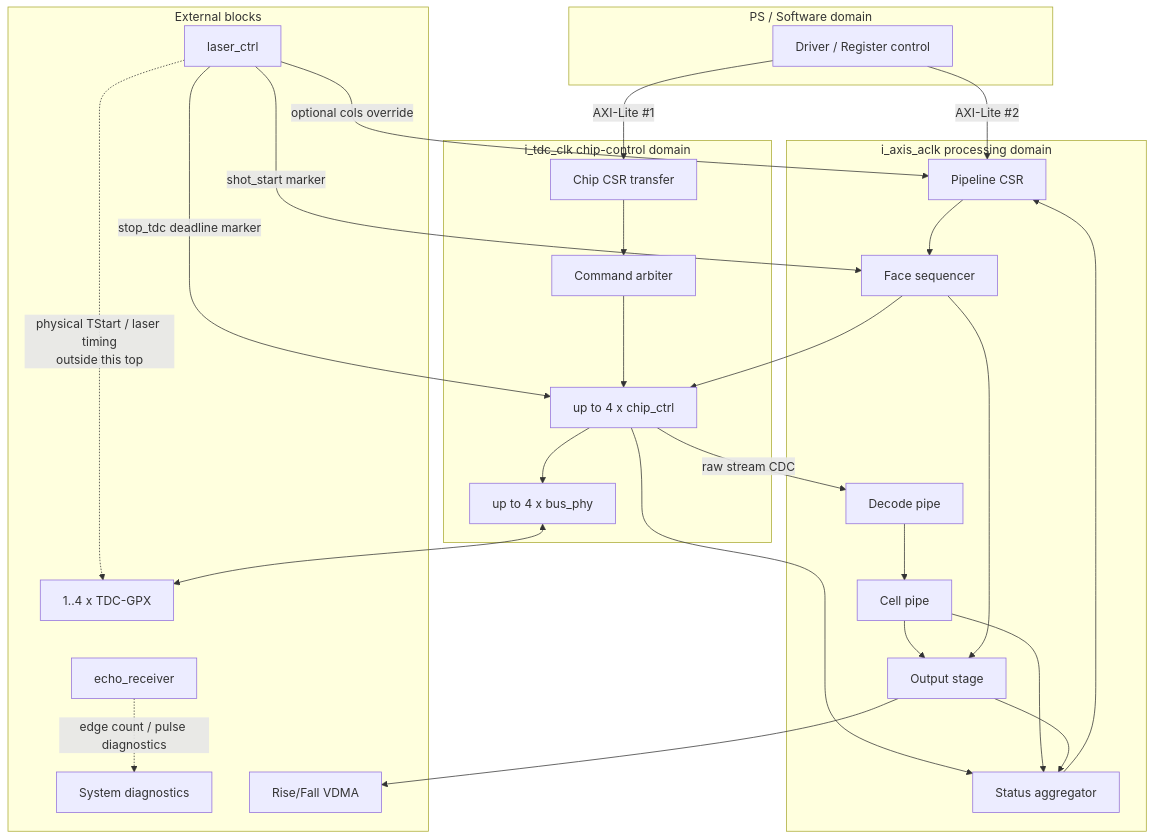
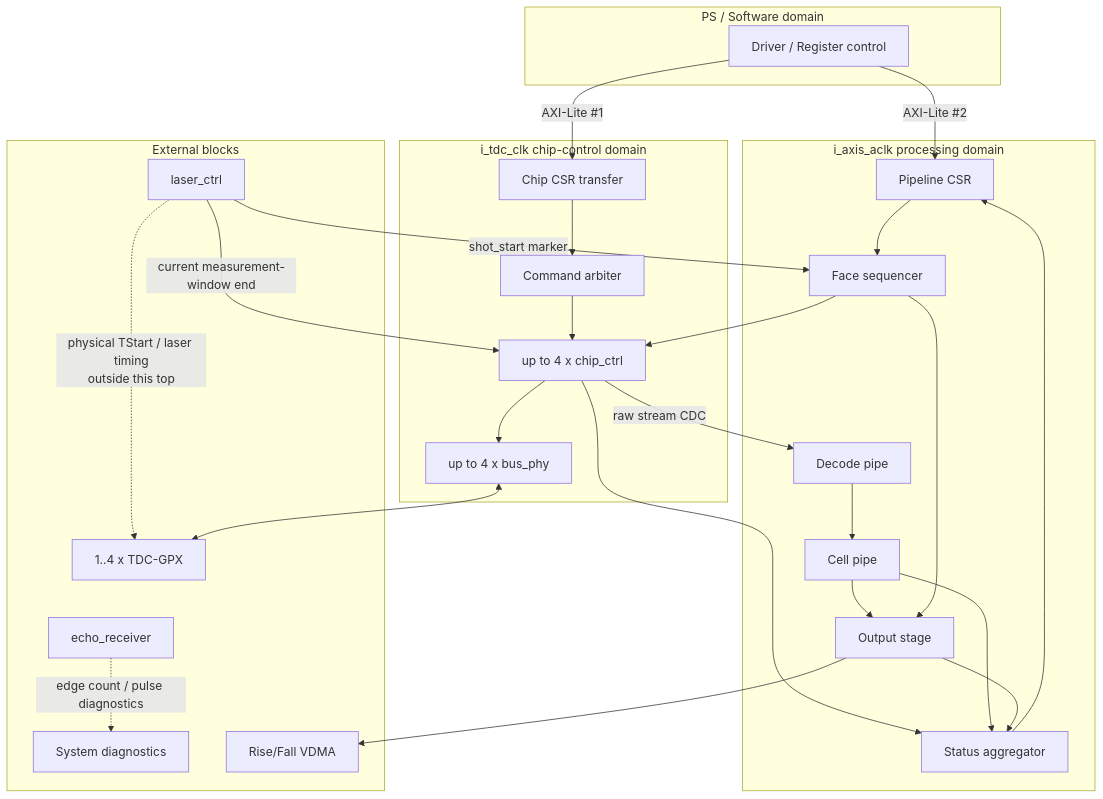
Before and after one commit to haneulia/tdc_gpx_ctrl: the third of 15 diagrams in Doc/tdc_gpx_top_신호처리_상세_사용_설명서.md, drawn with Mermaid. The commit also changed other lines of this file and 18 other files, not shown here.

````diff
--- a/Doc/tdc_gpx_top_신호처리_상세_사용_설명서.md
+++ b/Doc/tdc_gpx_top_신호처리_상세_사용_설명서.md
@@ -104,53 +104,52 @@
 ```mermaid
 flowchart TB
     subgraph PS["PS / Software domain"]
         SW["Driver / Register control"]
     end
 
     subgraph AX["i_axis_aclk processing domain"]
         PCSR["Pipeline CSR"]
         SEQ["Face sequencer"]
         DEC["Decode pipe"]
         CELL["Cell pipe"]
         OUT["Output stage"]
         STAT["Status aggregator"]
     end
 
     subgraph TDC["i_tdc_clk chip-control domain"]
         CCSR["Chip CSR transfer"]
         ARB["Command arbiter"]
         CHIP["up to 4 x chip_ctrl"]
         PHY["up to 4 x bus_phy"]
     end
 
     subgraph EXT["External blocks"]
         LASER["laser_ctrl"]
         ECHO["echo_receiver"]
         DIAG["System diagnostics"]
         GPX["1..4 x TDC-GPX"]
         DMA["Rise/Fall VDMA"]
     end
 
     SW -->|"AXI-Lite #2"| PCSR
     SW -->|"AXI-Lite #1"| CCSR
     LASER -->|"shot_start marker"| SEQ
-    LASER -->|"stop_tdc deadline marker"| CHIP
+    LASER -->|"current measurement-window end"| CHIP
     LASER -.->|"physical TStart / laser timing\noutside this top"| GPX
-    LASER -->|"optional cols override"| PCSR
     ECHO -.->|"edge count / pulse diagnostics"| DIAG
     PCSR --> SEQ
     CCSR --> ARB
     SEQ --> CHIP
     ARB --> CHIP
     CHIP --> PHY
     PHY <--> GPX
     CHIP -->|"raw stream CDC"| DEC
     DEC --> CELL
     CELL --> OUT
     SEQ --> OUT
     OUT --> DMA
     CHIP --> STAT
     CELL --> STAT
     OUT --> STAT
     STAT --> PCSR
 ```
````
